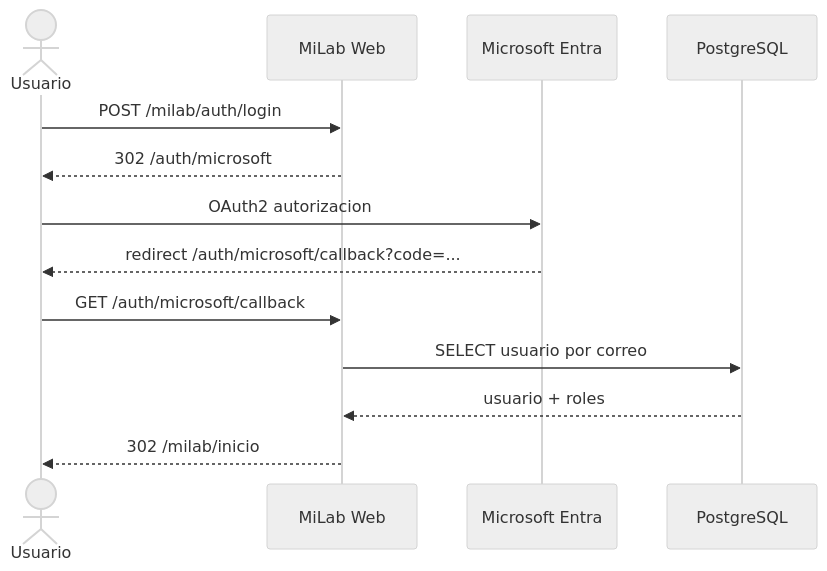
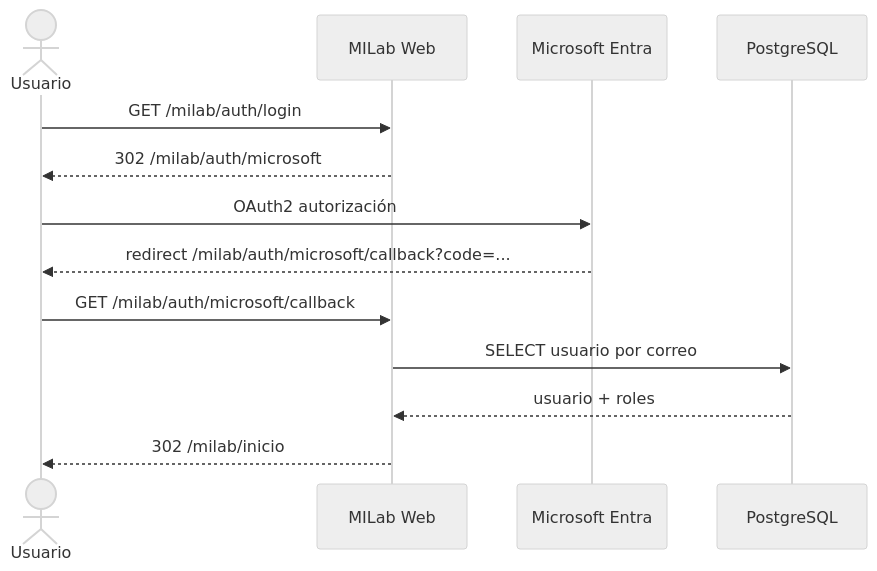
One commit to udistrital/milab changed the first of 5 diagrams in docs/architecture/sequences.md. Above: the diagram before and after it, drawn with Mermaid (neutral theme). The commit also changed other lines of this file and 129 other files, not shown here.

````diff
--- a/docs/architecture/sequences.md
+++ b/docs/architecture/sequences.md
@@ -5,16 +5,16 @@
 ```mermaid
 sequenceDiagram
   actor Usuario
-  participant Web as MiLab Web
+  participant Web as MILab Web
   participant Entra as Microsoft Entra
   participant DB as PostgreSQL
 
-  Usuario->>Web: POST /milab/auth/login
-  Web-->>Usuario: 302 /auth/microsoft
-  Usuario->>Entra: OAuth2 autorizacion
-  Entra-->>Usuario: redirect /auth/microsoft/callback?code=...
-  Usuario->>Web: GET /auth/microsoft/callback
+  Usuario->>Web: GET /milab/auth/login
+  Web-->>Usuario: 302 /milab/auth/microsoft
+  Usuario->>Entra: OAuth2 autorización
+  Entra-->>Usuario: redirect /milab/auth/microsoft/callback?code=...
+  Usuario->>Web: GET /milab/auth/microsoft/callback
   Web->>DB: SELECT usuario por correo
   DB-->>Web: usuario + roles
   Web-->>Usuario: 302 /milab/inicio
 ```
````
